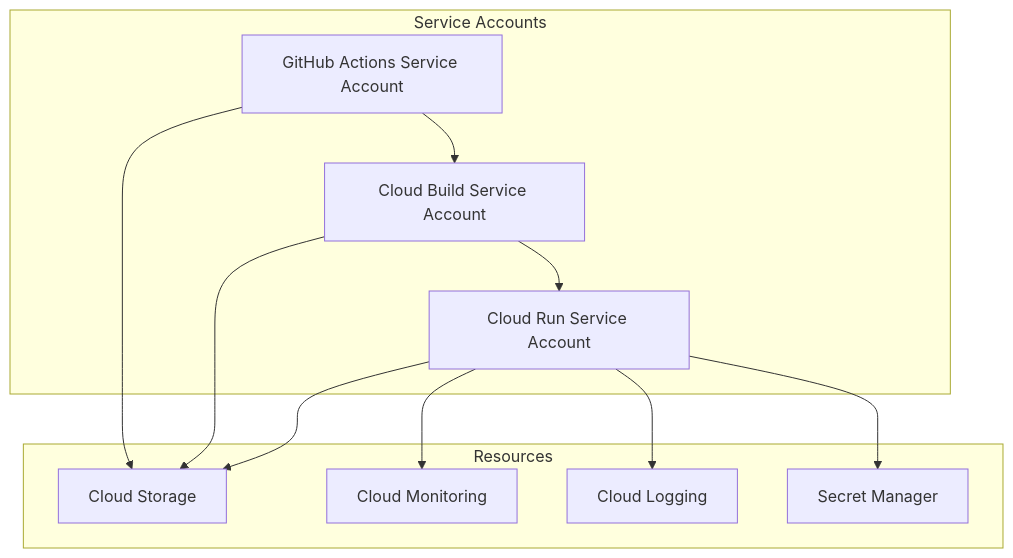
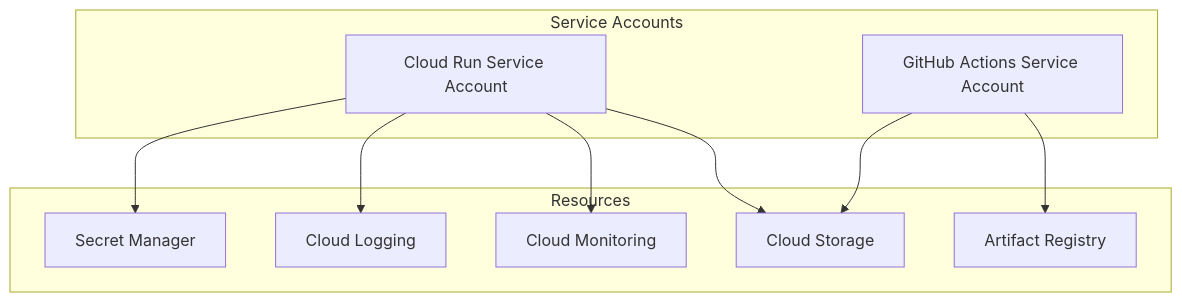
Before and after one commit to mida-hub/imgstream: the fourth of 6 diagrams in docs/ARCHITECTURE.md, drawn with Mermaid. The commit also changed other lines of this file, not shown here.

````diff
--- a/docs/ARCHITECTURE.md
+++ b/docs/ARCHITECTURE.md
@@ -462,26 +460,23 @@
 ```mermaid
 graph TB
     subgraph "Service Accounts"
         CR_SA[Cloud Run Service Account]
-        BUILD_SA[Cloud Build Service Account]
         GITHUB_SA[GitHub Actions Service Account]
     end
 
     subgraph "Resources"
         GCS[Cloud Storage]
         MONITORING[Cloud Monitoring]
         LOGGING[Cloud Logging]
         SECRET[Secret Manager]
+        REGISTRY[Artifact Registry]
     end
 
     CR_SA --> GCS
     CR_SA --> MONITORING
     CR_SA --> LOGGING
     CR_SA --> SECRET
 
-    BUILD_SA --> GCS
-    BUILD_SA --> CR_SA
-
-    GITHUB_SA --> BUILD_SA
+    GITHUB_SA --> REGISTRY
     GITHUB_SA --> GCS
 ```
````
